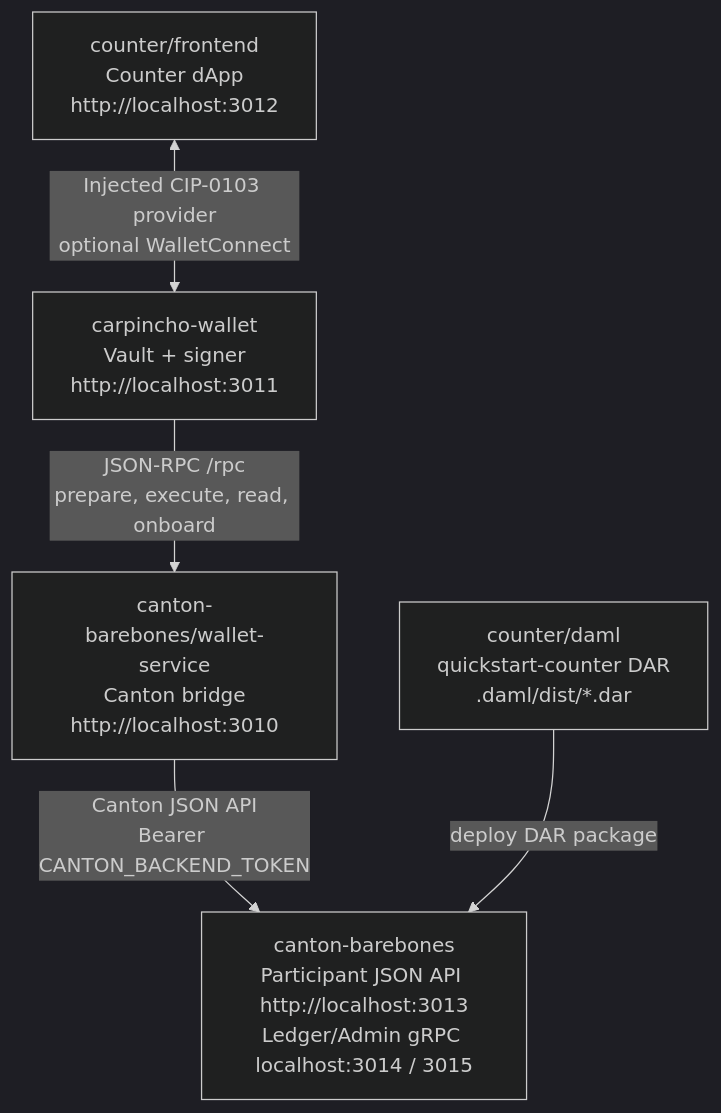
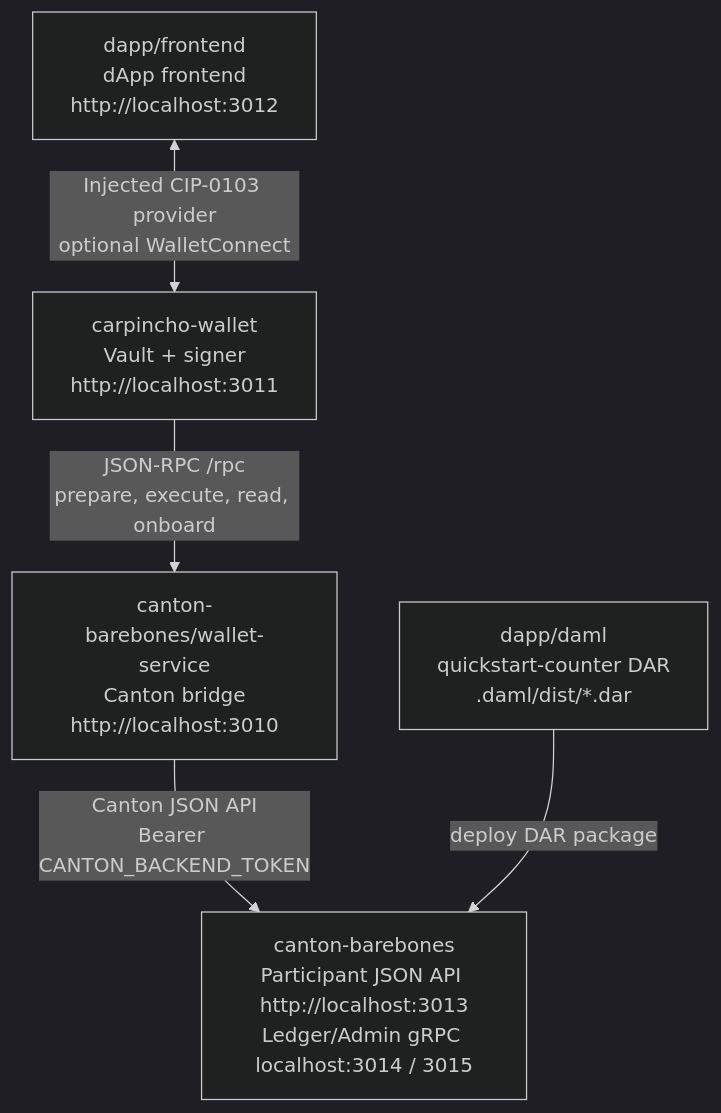
One commit to BootNodeDev/cn-dappbooster changed the diagram in architecture.md. Above: the diagram before and after it, drawn with Mermaid (dark theme). The commit also changed other lines of this file and 9 other files, not shown here.

````diff
--- a/architecture.md
+++ b/architecture.md
@@ -48,13 +50,13 @@
 ```mermaid
 flowchart TD
-  fe["counter/frontend<br/>Counter dApp<br/>http://localhost:3012"]
+  fe["dapp/frontend<br/>dApp frontend<br/>http://localhost:3012"]
   wallet["carpincho-wallet<br/>Vault + signer<br/>http://localhost:3011"]
   ws["canton-barebones/wallet-service<br/>Canton bridge<br/>http://localhost:3010"]
   cb["canton-barebones<br/>Participant JSON API http://localhost:3013<br/>Ledger/Admin gRPC localhost:3014 / 3015"]
-  dar["counter/daml<br/>quickstart-counter DAR<br/>.daml/dist/*.dar"]
+  dar["dapp/daml<br/>quickstart-counter DAR<br/>.daml/dist/*.dar"]
 
   fe <-->|"Injected CIP-0103 provider<br/>optional WalletConnect"| wallet
   wallet -->|"JSON-RPC /rpc<br/>prepare, execute, read, onboard"| ws
   ws -->|"Canton JSON API<br/>Bearer CANTON_BACKEND_TOKEN"| cb
   dar -->|"deploy DAR package"| cb
 ```
````
